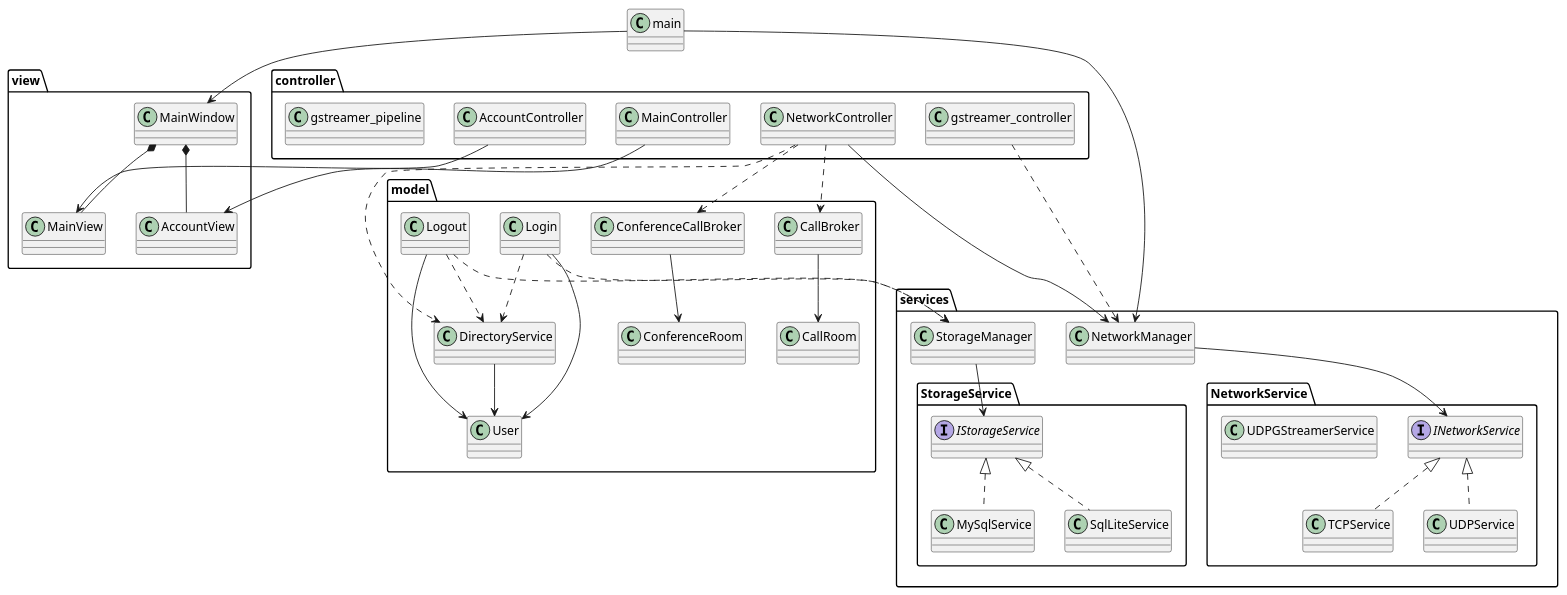
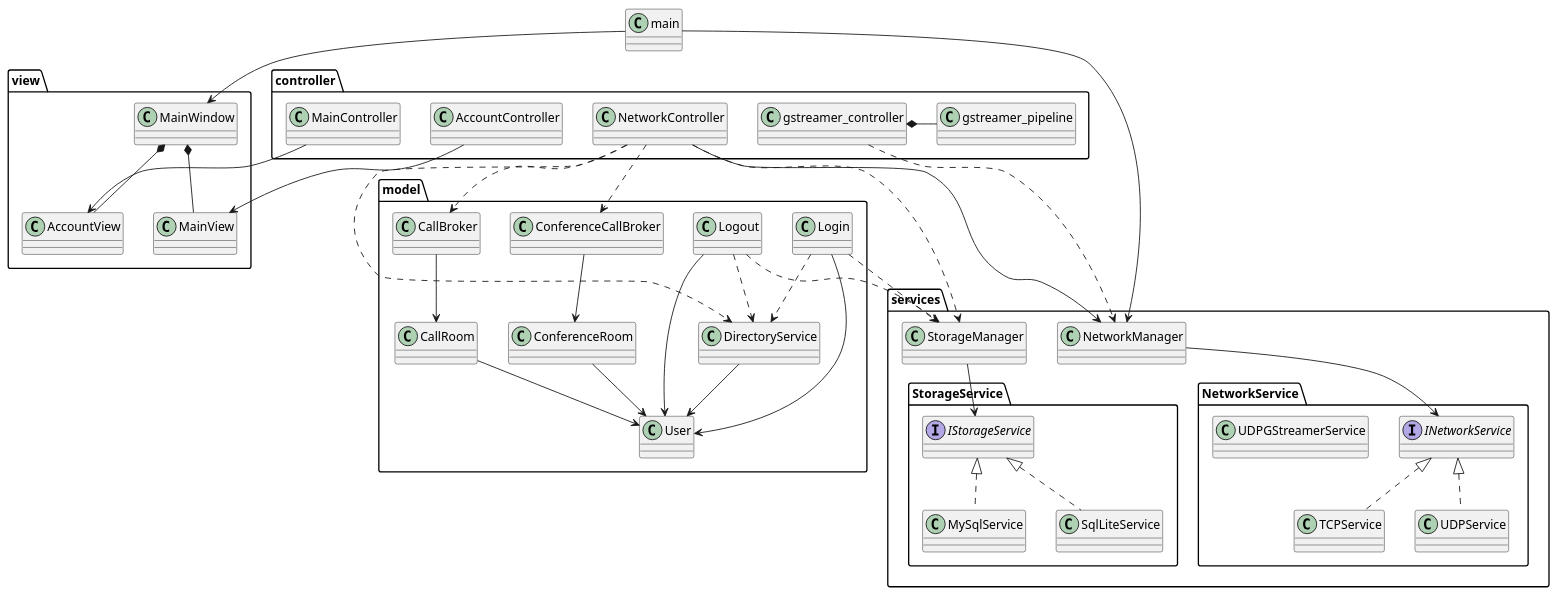
The diagram in plantuml/class_diagram.puml (architecture-4-team/team4-project), drawn with PlantUML before and after one commit.

```diff
--- a/plantuml/class_diagram.puml
+++ b/plantuml/class_diagram.puml
@@ -1,79 +1,83 @@
 @startuml
 
 class main
 package "controller" {
     class AccountController
     class MainController
     class NetworkController
     class gstreamer_controller
     class gstreamer_pipeline
 }
 package "view" {
     class MainWindow
     class MainView
     class AccountView
 }
 
 package "services"
 {
     class NetworkManager
     package "NetworkService" {
         interface INetworkService
         class TCPService
         class UDPService
         class UDPGStreamerService
     }
     class StorageManager
     package "StorageService" {
         interface IStorageService
         class MySqlService
         class SqlLiteService
     }
 }
 
 package "model"
 {
     class CallRoom
     class CallBroker
     class ConferenceRoom
     class ConferenceCallBroker
     class DirectoryService
     class Login
     class Logout
     class User
 }
 
 INetworkService <|.. TCPService
 INetworkService <|.. UDPService
 NetworkManager --> INetworkService
 
 IStorageService <|.. MySqlService
 IStorageService <|.. SqlLiteService
 StorageManager --> IStorageService
 Login ..> StorageManager
 Logout ..> StorageManager
 
 AccountController --> MainView
 MainController --> AccountView
 NetworkController --> NetworkManager
 NetworkController ..> DirectoryService
 NetworkController ..> CallBroker
 NetworkController ..> ConferenceCallBroker
+NetworkController ..> StorageManager
 
 MainWindow *-- MainView
 MainWindow *-- AccountView
 
 main --> MainWindow
 main --> NetworkManager
 
 Login --> User
 Login ..> DirectoryService
 Logout --> User
 Logout ..> DirectoryService
 DirectoryService --> User
 ConferenceCallBroker --> ConferenceRoom
 CallBroker --> CallRoom
+CallRoom --> User
+ConferenceRoom --> User
 
 gstreamer_controller ..> NetworkManager
+gstreamer_controller *- gstreamer_pipeline
 
 @enduml
```
